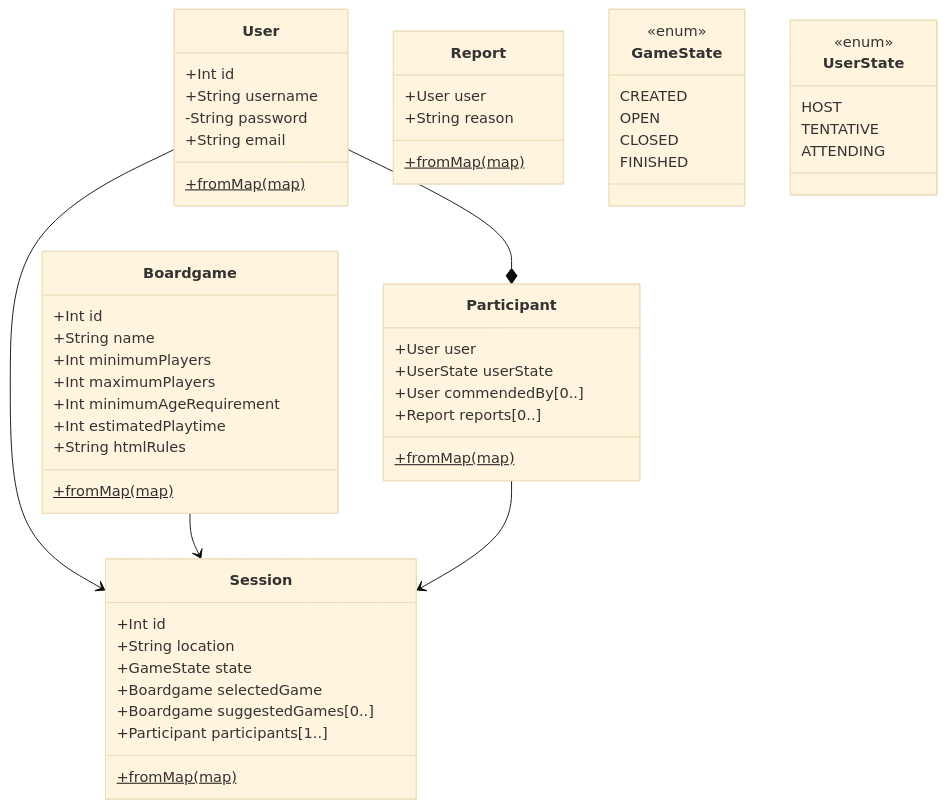
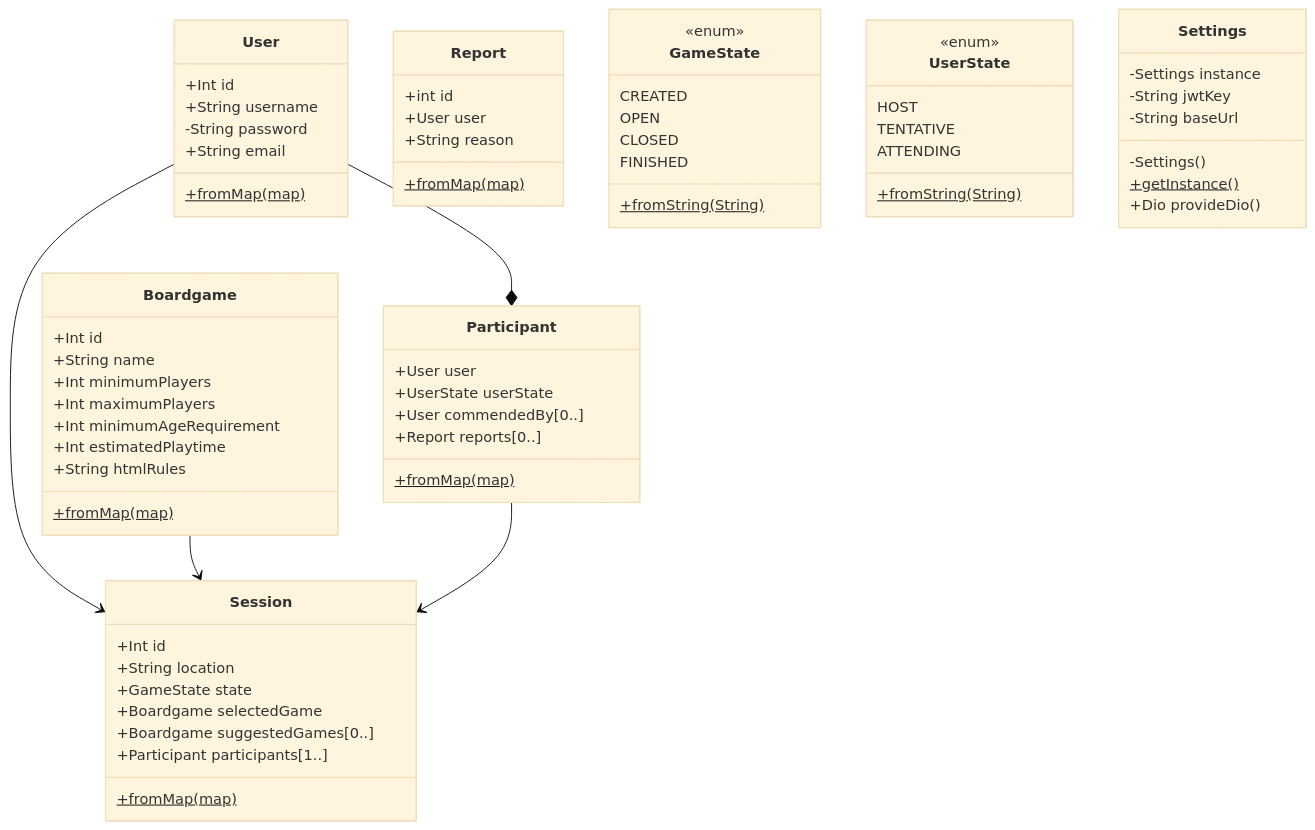
The diagram in diagrams/front_class_diagram.md (Ionnier/proiect-amss), drawn with Mermaid (base theme) before and after one commit. The commit also changed 38 other files, not shown here.

````diff
--- a/diagrams/front_class_diagram.md
+++ b/diagrams/front_class_diagram.md
@@ -2,65 +2,77 @@
 ```mermaid
 classDiagram
     class User{
       +Int id
       +String username
       -String password
       +String email
       +fromMap(map)$
     }
     class Boardgame {
       +Int id
       +String name
       +Int minimumPlayers
       +Int maximumPlayers
       +Int minimumAgeRequirement
       +Int estimatedPlaytime
       +String htmlRules
       +fromMap(map)$
     }
 
     class Session {
       +Int id
       +String location
       +GameState state
       +Boardgame selectedGame
       +Boardgame suggestedGames[0..]
       +Participant participants[1..]
       +fromMap(map)$
     }
 
     class Participant {
         +User user
         +UserState userState
         +User commendedBy[0..]
         +Report reports[0..]
         +fromMap(map)$
     }
 
     User --* Participant
     User --> Session
     Boardgame --> Session
     Participant --> Session
 
 
     class Report {
+        +int id
         +User user
         +String reason
         +fromMap(map)$
     }
 
     class GameState {
         CREATED
         OPEN
         CLOSED
         FINISHED
+        +fromString(String)$
     }
 
     class UserState {
         HOST
         TENTATIVE
         ATTENDING
+        +fromString(String)$
     }
     <<enum>> UserState
     <<enum>> GameState
+
+    class Settings {
+      -Settings instance
+      -String jwtKey
+      -String baseUrl
+      -Settings()
+      +getInstance()$
+      +Dio provideDio()
+    }
 ```
````
